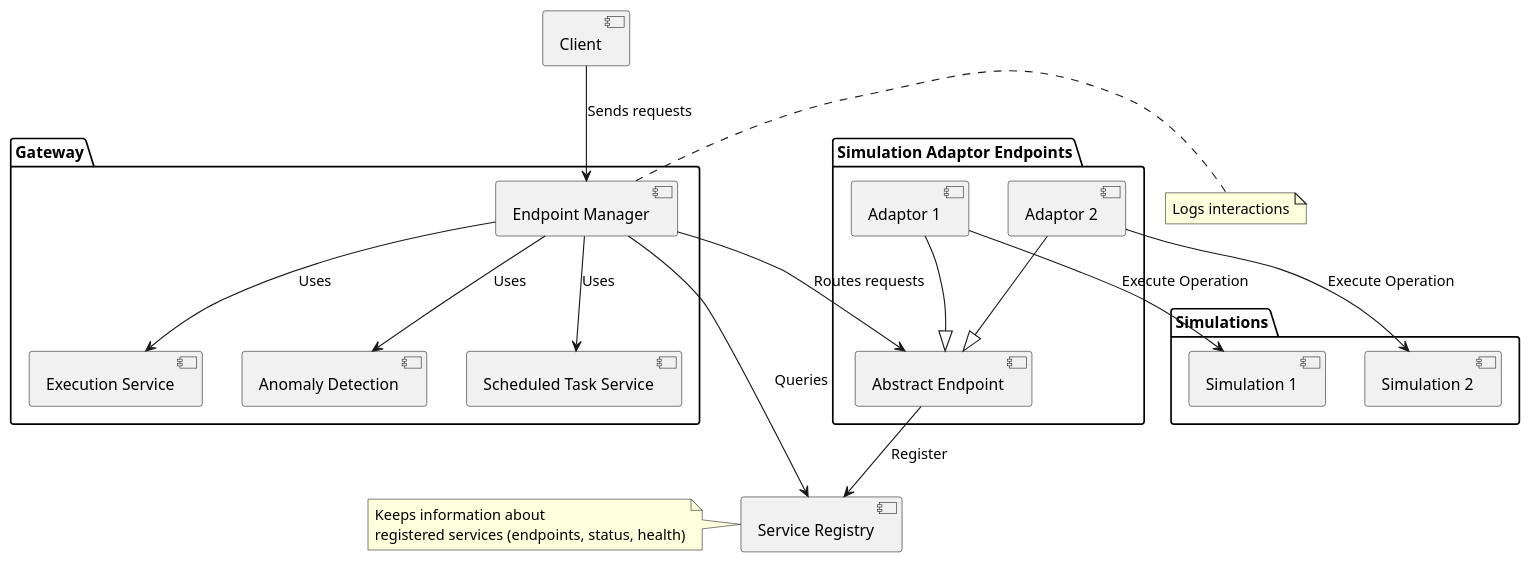
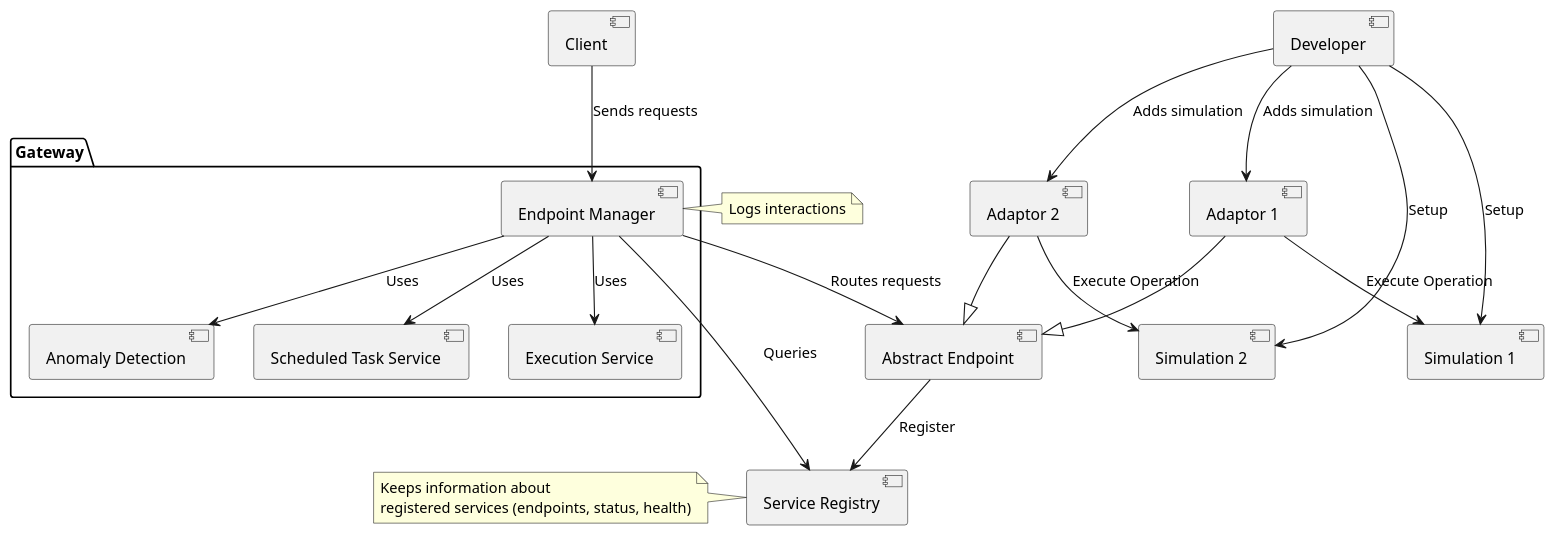
One commit to jku-swe-simcomp/project-management changed the diagram in 1. Konzept/architecture.puml. Above: the diagram before and after it, drawn with PlantUML. The commit also changed 2 other files, not shown here.

Commit message:
updated architecture

```diff
--- a/1. Konzept/architecture.puml
+++ b/1. Konzept/architecture.puml
@@ -1,42 +1,42 @@
 @startuml
 
 [Service Registry]
 
-package "Simulation Adaptor Endpoints" {
-  [Adaptor 1] --|> [Abstract Endpoint]
-  [Adaptor 2] --|> [Abstract Endpoint]
-}
+[Adaptor 1] --|> [Abstract Endpoint]
+[Adaptor 2] --|> [Abstract Endpoint]
 
 package "Gateway" {
 [Endpoint Manager]
 [Execution Service]
 [Anomaly Detection]
 [Scheduled Task Service]
 }
 
-package "Simulations" {
 [Simulation 1]
 [Simulation 2]
-}
 
 [Endpoint Manager] --> [Service Registry] : Queries
 [Endpoint Manager] --> [Abstract Endpoint] : Routes requests
 [Abstract Endpoint] --> [Service Registry] : Register
 [Adaptor 1] --> [Simulation 1] : Execute Operation
 [Adaptor 2] --> [Simulation 2] : Execute Operation
 [Endpoint Manager] --> [Execution Service] : Uses
 [Endpoint Manager] --> [Scheduled Task Service] : Uses
 [Endpoint Manager] --> [Anomaly Detection] : Uses
 
 note right of [Endpoint Manager]
   Logs interactions
 end note
 
 note left of [Service Registry]
   Keeps information about 
   registered services (endpoints, status, health)
 end note
 
 [Client] --> [Endpoint Manager] : Sends requests
+[Developer] --> [Simulation 1] : Setup
+[Developer] --> [Adaptor 1] : Adds simulation
+[Developer] --> [Simulation 2]: Setup
+[Developer] --> [Adaptor 2]: Adds simulation
 
 @enduml
```
